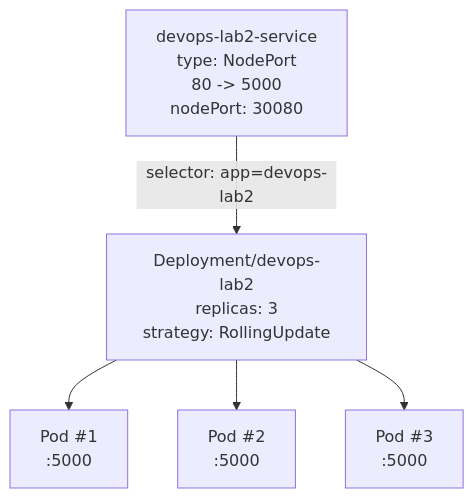
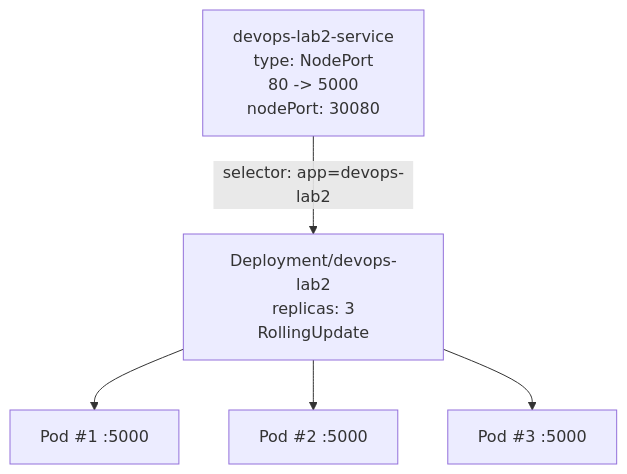
The diagram in k8s/README.md (inno-devops-labs/DevOps-Core-Course), drawn with Mermaid before and after one commit. The commit also changed other lines of this file and 6 other files, not shown here.

````diff
--- a/k8s/README.md
+++ b/k8s/README.md
@@ -21,14 +12,14 @@
 ```mermaid
 flowchart TB
     Service["devops-lab2-service<br/>type: NodePort<br/>80 -> 5000<br/>nodePort: 30080"]
-    Deployment["Deployment/devops-lab2<br/>replicas: 3<br/>strategy: RollingUpdate"]
+    Deployment["Deployment/devops-lab2<br/>replicas: 3<br/>RollingUpdate"]
 
-    Pod1["Pod #1<br/>:5000"]
-    Pod2["Pod #2<br/>:5000"]
-    Pod3["Pod #3<br/>:5000"]
+    Pod1["Pod #1 :5000"]
+    Pod2["Pod #2 :5000"]
+    Pod3["Pod #3 :5000"]
 
     Service -->|selector: app=devops-lab2| Deployment
     Deployment --> Pod1
     Deployment --> Pod2
     Deployment --> Pod3
 ```
````
